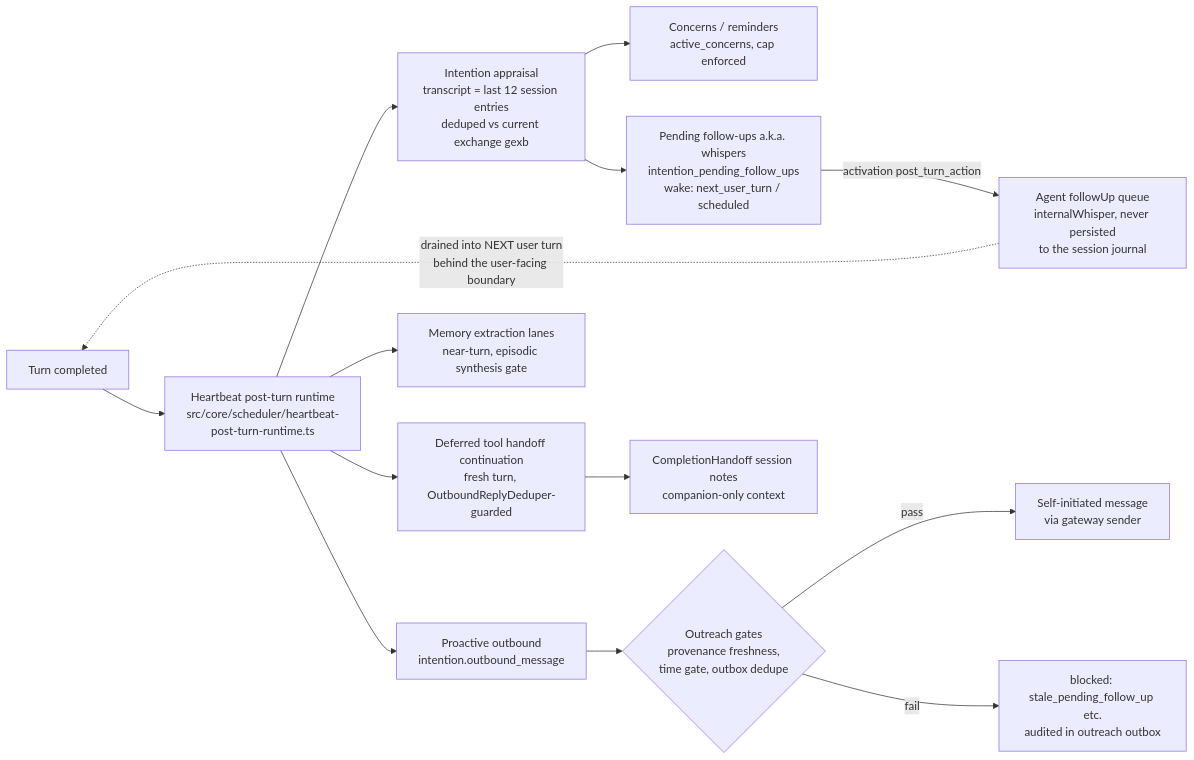
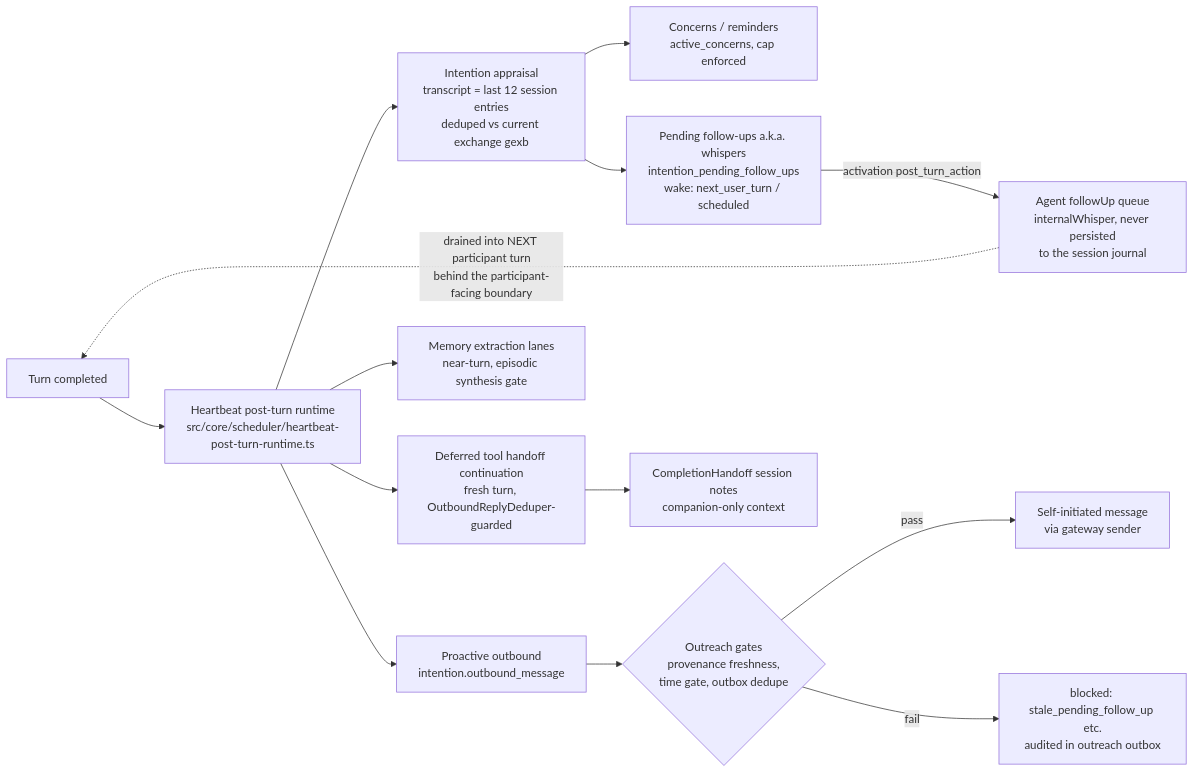
Before and after one commit to CGIC-AI/psfn-framework: the fourth of 4 diagrams in docs/chat-turn-lifecycle.md, drawn with Mermaid. The commit also changed other lines of this file and 14 other files, not shown here.

````diff
--- a/docs/chat-turn-lifecycle.md
+++ b/docs/chat-turn-lifecycle.md
@@ -127,19 +127,19 @@
 ```mermaid
 flowchart LR
     TURN[Turn completed] --> HPT[Heartbeat post-turn runtime<br/>src/core/scheduler/heartbeat-post-turn-runtime.ts]
 
     HPT --> APPR[Intention appraisal<br/>transcript = last 12 session entries<br/>deduped vs current exchange gexb]
     APPR --> CONC[Concerns / reminders<br/>active_concerns, cap enforced]
     APPR --> PFU[Pending follow-ups a.k.a. whispers<br/>intention_pending_follow_ups<br/>wake: next_user_turn / scheduled]
     PFU -->|activation post_turn_action| FQ[Agent followUp queue<br/>internalWhisper, never persisted<br/>to the session journal]
-    FQ -.->|drained into NEXT user turn<br/>behind the user-facing boundary| TURN
+    FQ -.->|drained into NEXT participant turn<br/>behind the participant-facing boundary| TURN
 
     HPT --> OUT[Proactive outbound<br/>intention.outbound_message]
     OUT --> GATES{Outreach gates<br/>provenance freshness,<br/>time gate, outbox dedupe}
     GATES -->|pass| SENDOUT[Self-initiated message<br/>via gateway sender]
     GATES -->|fail| BLOCKED[blocked: stale_pending_follow_up etc.<br/>audited in outreach outbox]
 
     HPT --> MEM[Memory extraction lanes<br/>near-turn, episodic synthesis gate]
     HPT --> DTH[Deferred tool handoff continuation<br/>fresh turn, OutboundReplyDeduper-guarded]
     DTH --> CH[CompletionHandoff session notes<br/>companion-only context]
 ```
````
